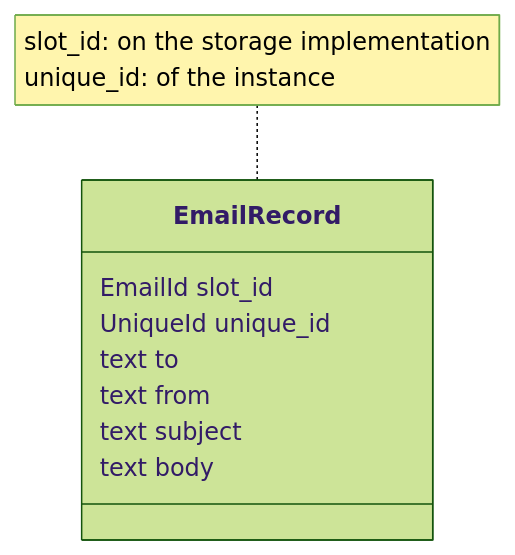
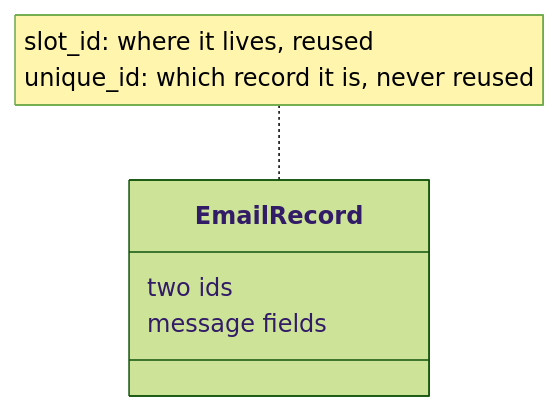
The second of 5 diagrams in tribute_to_tony/general_design.md (DBJARH/DBJ_CODING_SKILLS), drawn with Mermaid (forest theme) before and after one commit. The commit also changed other lines of this file and 4 other files, not shown here.

````diff
--- a/tribute_to_tony/general_design.md
+++ b/tribute_to_tony/general_design.md
@@ -76,12 +78,8 @@
 ```mermaid
 classDiagram
     class EmailRecord {
-        EmailId slot_id
-        UniqueId unique_id
-        text to
-        text from
-        text subject
-        text body
+        two ids
+        message fields
     }
-    note for EmailRecord "slot_id: on the storage implementation<br>unique_id: of the instance"
+    note for EmailRecord "slot_id: where it lives, reused<br>unique_id: which record it is, never reused"
 ```
````
